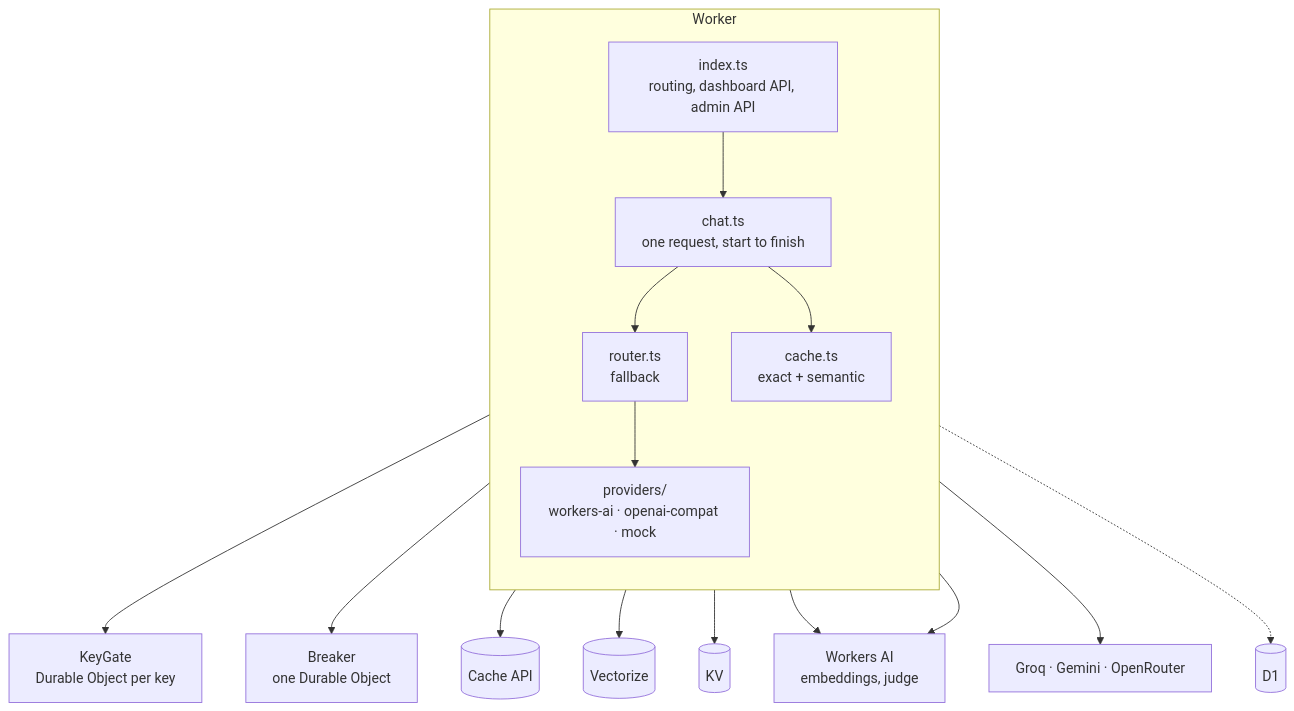
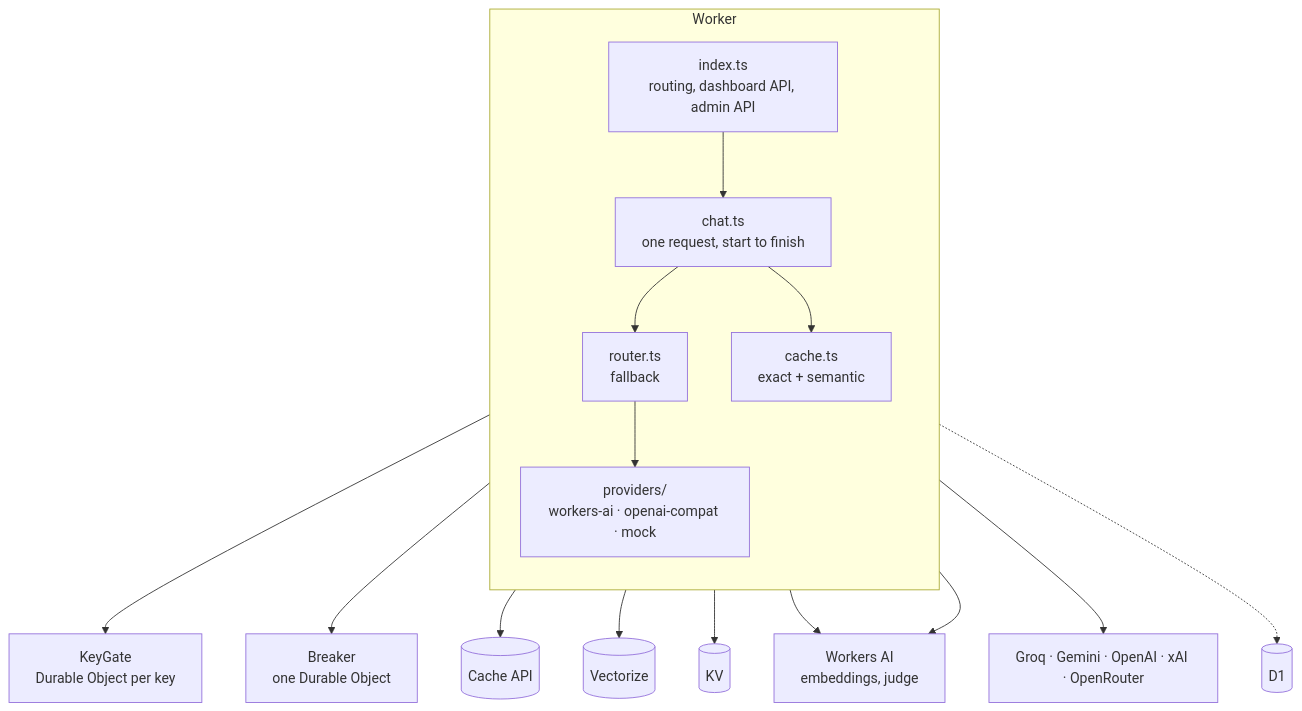
Before and after one commit to iampdt/tollgate: the diagram in docs/architecture.md, drawn with Mermaid. The commit also changed other lines of this file and 25 other files, not shown here.

First line of the commit message:
Route across Groq, Gemini and OpenAI, with measured results

````diff
--- a/docs/architecture.md
+++ b/docs/architecture.md
@@ -6,22 +6,22 @@
 ```mermaid
 flowchart TB
   subgraph Worker
     direction TB
     H[index.ts<br/>routing, dashboard API, admin API]
     CH[chat.ts<br/>one request, start to finish]
     R[router.ts<br/>fallback]
     CA[cache.ts<br/>exact + semantic]
     P[providers/<br/>workers-ai · openai-compat · mock]
   end
   H --> CH --> R --> P
   CH --> CA
   CH --> G[KeyGate<br/>Durable Object per key]
   CH --> B[Breaker<br/>one Durable Object]
   CA --> X[(Cache API)]
   CA --> V[(Vectorize)]
   CA --> K[(KV)]
   CA --> AI[Workers AI<br/>embeddings, judge]
   P --> AI
-  P --> EXT[Groq · Gemini · OpenRouter]
+  P --> EXT[Groq · Gemini · OpenAI · xAI · OpenRouter]
   CH -.-> D[(D1)]
 ```
````
